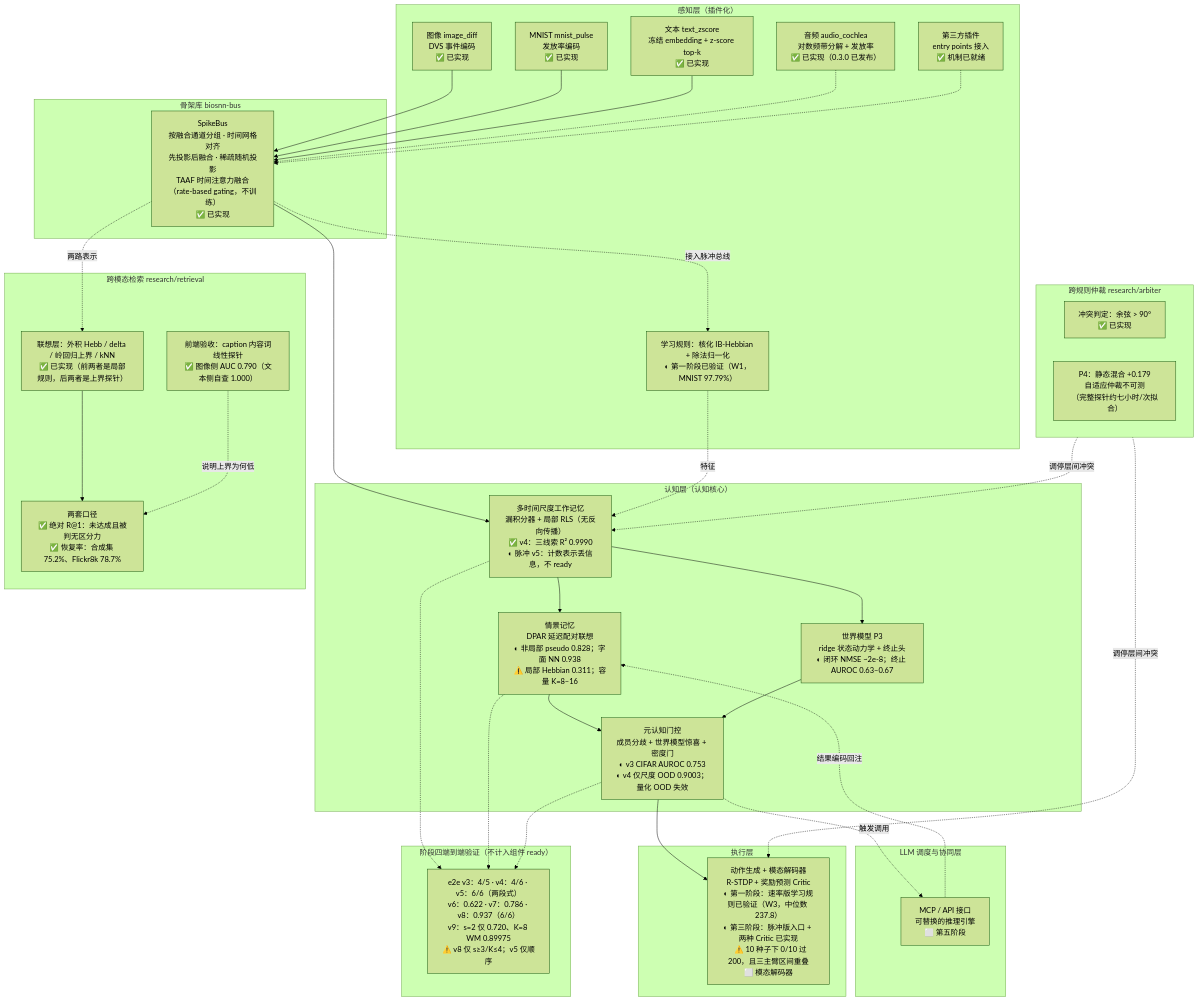
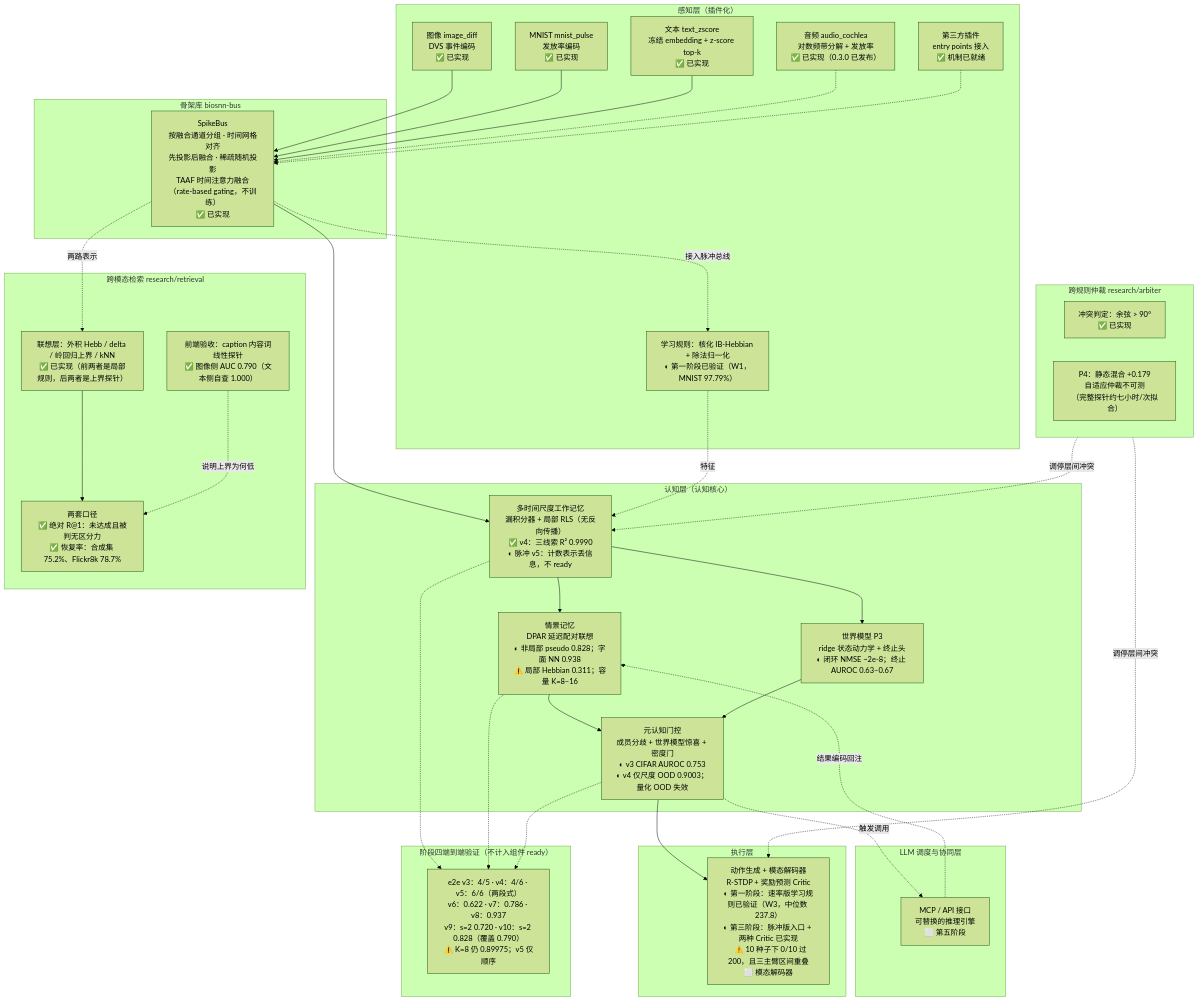
The diagram in README.md (lzmd-arch/BioSNN-Plug), drawn with Mermaid (forest theme) before and after one commit. The commit also changed other lines of this file and 9 other files, not shown here.

````diff
--- a/README.md
+++ b/README.md
@@ -126,71 +126,71 @@
 ```mermaid
 flowchart TB
     subgraph L5["LLM 调度与协同层"]
         MCP["MCP / API 接口<br/>可替换的推理引擎<br/>⬜ 第五阶段"]
     end
 
     subgraph L4["执行层"]
         ACT["动作生成 + 模态解码器<br/>R-STDP + 奖励预测 Critic<br/>◐ 第一阶段：速率版学习规则已验证（W3，中位数 237.8）<br/>◐ 第三阶段：脉冲版入口 + 两种 Critic 已实现<br/>&nbsp;&nbsp;&nbsp;⚠️ 10 种子下 0/10 过 200，且三主臂区间重叠<br/>⬜ 模态解码器"]
     end
 
     subgraph L3["认知层（认知核心）"]
         WM["多时间尺度工作记忆<br/>漏积分器 + 局部 RLS（无反向传播）<br/>✅ v4：三线索 R² 0.9990<br/>◐ 脉冲 v5：计数表示丢信息，不 ready"]
         EM["情景记忆<br/>DPAR 延迟配对联想<br/>◐ 非局部 pseudo 0.828；字面 NN 0.938<br/>⚠️ 局部 Hebbian 0.311；容量 K=8–16"]
         MG["元认知门控<br/>成员分歧 + 世界模型惊喜 + 密度门<br/>◐ v3 CIFAR AUROC 0.753<br/>◐ v4 仅尺度 OOD 0.9003；量化 OOD 失效"]
         WMODEL["世界模型 P3<br/>ridge 状态动力学 + 终止头<br/>◐ 闭环 NMSE ~2e-8；终止 AUROC 0.63–0.67"]
     end
 
     subgraph ARB["跨规则仲裁 research/arbiter"]
         CF["冲突判定：余弦 > 90°<br/>✅ 已实现"]
         ES["P4：静态混合 +0.179<br/>自适应仲裁不可测<br/>（完整探针约七小时/次拟合）"]
     end
 
     subgraph L2["骨架库 biosnn-bus"]
         BUS["SpikeBus<br/>按融合通道分组 · 时间网格对齐<br/>先投影后融合 · 稀疏随机投影<br/>TAAF 时间注意力融合（rate-based gating，不训练）<br/>✅ 已实现"]
     end
 
     subgraph L1["感知层（插件化）"]
         IMG["图像 image_diff<br/>DVS 事件编码<br/>✅ 已实现"]
         MN["MNIST mnist_pulse<br/>发放率编码<br/>✅ 已实现"]
         TXT["文本 text_zscore<br/>冻结 embedding + z-score top-k<br/>✅ 已实现"]
         AUD["音频 audio_cochlea<br/>对数频带分解 + 发放率<br/>✅ 已实现（0.3.0 已发布）"]
         THIRD["第三方插件<br/>entry points 接入<br/>✅ 机制已就绪"]
         HEB["学习规则：核化 IB-Hebbian + 除法归一化<br/>◐ 第一阶段已验证（W1，MNIST 97.79%）"]
     end
 
     IMG --> BUS
     MN --> BUS
     TXT --> BUS
     AUD -.-> BUS
     THIRD -.-> BUS
 
     BUS --> WM
     BUS -.->|接入脉冲总线| HEB
     HEB -.->|特征| WM
     WM --> EM
     WM --> WMODEL
     EM --> MG
     WMODEL --> MG
     MG --> ACT
     MG -.->|触发调用| MCP
     MCP -.->|结果编码回注| EM
     ARB -.->|调停层间冲突| WM
     ARB -.->|调停层间冲突| ACT
 
     subgraph W4["跨模态检索 research/retrieval"]
         FAC["联想层：外积 Hebb / delta / 岭回归上界 / kNN<br/>✅ 已实现（前两者是局部规则，后两者是上界探针）"]
         CRIT["两套口径<br/>✅ 绝对 R@1：未达成且被判无区分力<br/>✅ 恢复率：合成集 75.2%、Flickr8k 78.7%"]
         FE["前端验收：caption 内容词线性探针<br/>✅ 图像侧 AUC 0.790（文本侧自查 1.000）"]
     end
 
     BUS -.->|两路表示| FAC
     FAC --> CRIT
     FE -.->|说明上界为何低| CRIT
 
     subgraph S4["阶段四端到端验证（不计入组件 ready）"]
-        E2E["e2e v3：4/5 · v4：4/6 · v5：6/6（两段式）<br/>v6：0.622 · v7：0.786 · v8：0.937（6/6）<br/>v9：s=2 仅 0.720、K=8 WM 0.89975<br/>⚠️ v8 仅 s≥3/K≤4；v5 仅顺序"]
+        E2E["e2e v3：4/5 · v4：4/6 · v5：6/6（两段式）<br/>v6：0.622 · v7：0.786 · v8：0.937<br/>v9：s=2 0.720 · v10：s=2 0.828（覆盖 0.790）<br/>⚠️ K=8 仍 0.89975；v5 仅顺序"]
     end
     WM -.-> E2E
     EM -.-> E2E
     MG -.-> E2E
 ```
````
